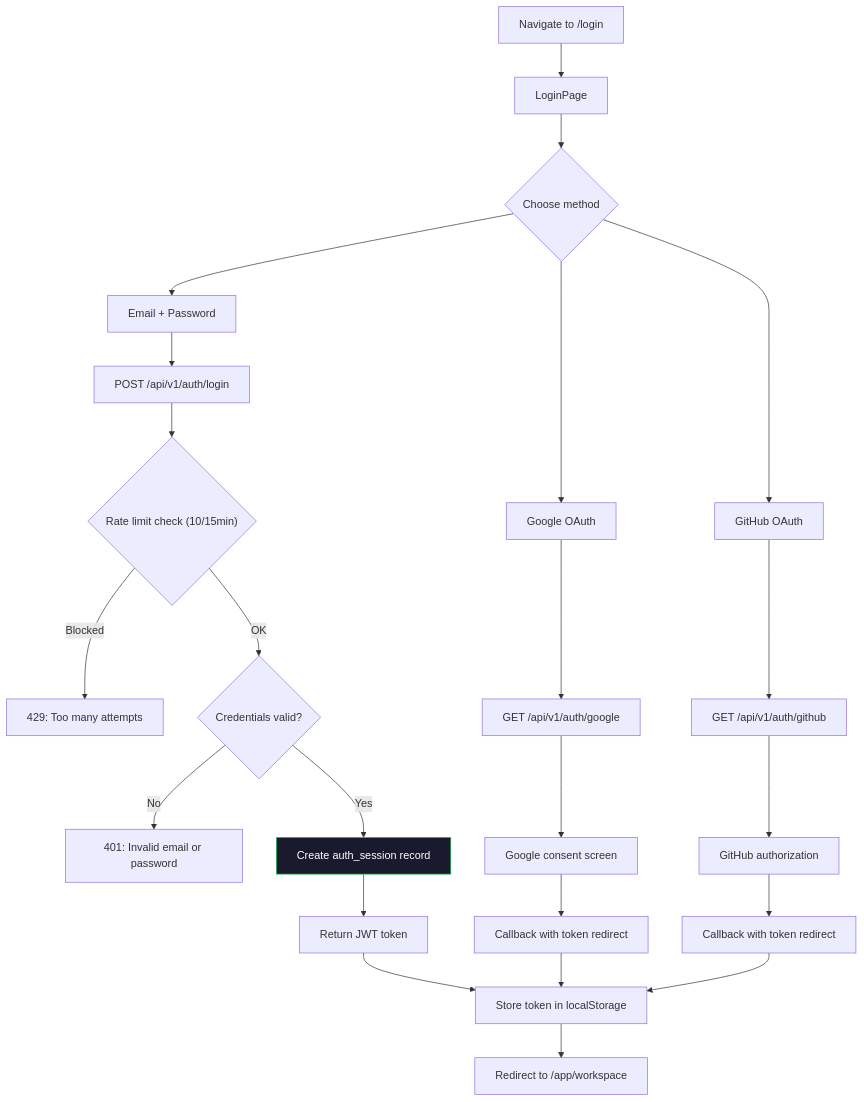
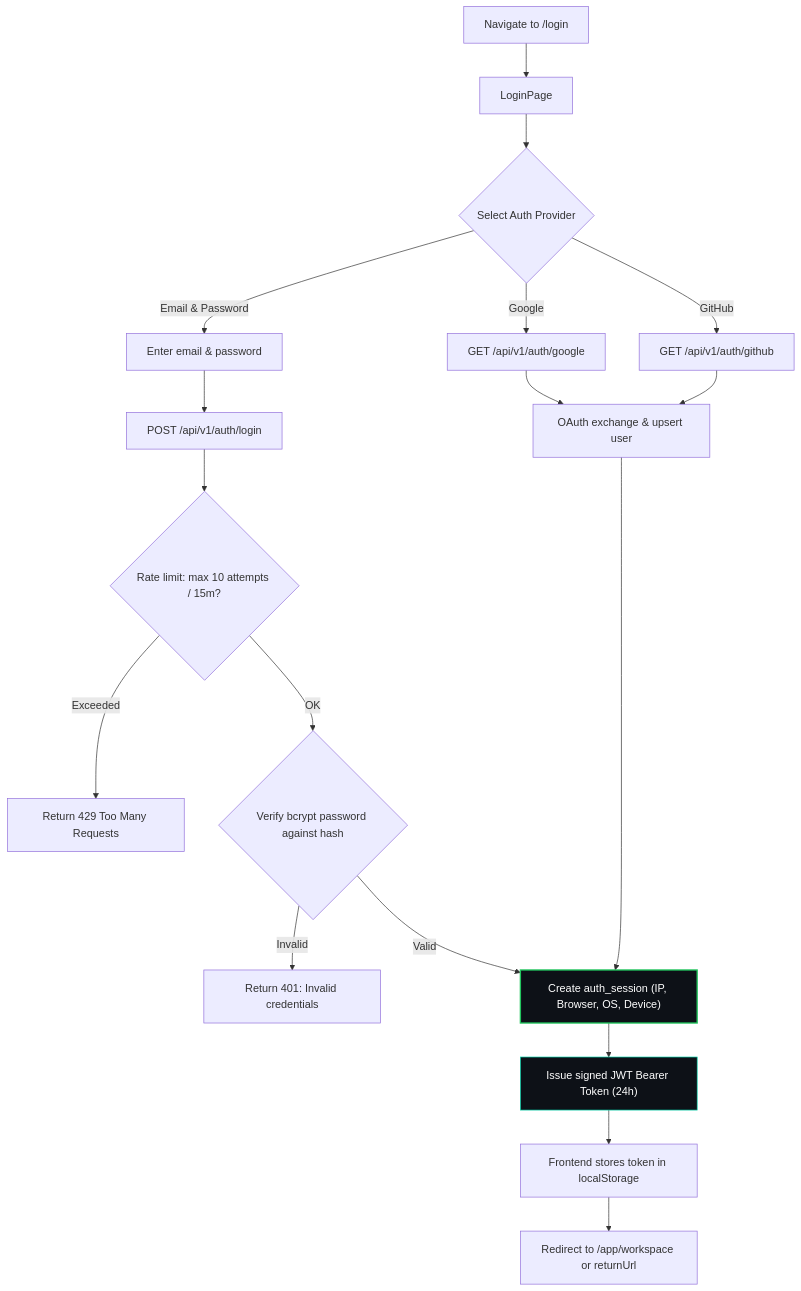
The eighth of 11 diagrams in docs/USER_FLOWS.md (KISHOR403/Testnexa-Ai), drawn with Mermaid before and after one commit. The commit also changed other lines of this file and 2 other files, not shown here.

````diff
--- a/docs/USER_FLOWS.md
+++ b/docs/USER_FLOWS.md
@@ -210,31 +232,25 @@
 ```mermaid
 flowchart TD
     A["Navigate to /login"] --> B["LoginPage"]
-    B --> C{"Choose method"}
-    C --> D["Email + Password"]
-    C --> E["Google OAuth"]
-    C --> F["GitHub OAuth"]
+    B --> C{"Select Auth Provider"}
+    C -->|Email & Password| D["Enter email & password"]
+    C -->|Google| E["GET /api/v1/auth/google"]
+    C -->|GitHub| F["GET /api/v1/auth/github"]
     
     D --> G["POST /api/v1/auth/login"]
-    G --> H{"Rate limit check (10/15min)"}
-    H -->|Blocked| I["429: Too many attempts"]
-    H -->|OK| J{"Credentials valid?"}
-    J -->|No| K["401: Invalid email or password"]
-    J -->|Yes| L["Create auth_session record"]
-    L --> M["Return JWT token"]
+    G --> H{"Rate limit: max 10 attempts / 15m?"}
+    H -->|Exceeded| I["Return 429 Too Many Requests"]
+    H -->|OK| J{"Verify bcrypt password against hash"}
+    J -->|Invalid| K["Return 401: Invalid credentials"]
+    J -->|Valid| L["Create auth_session (IP, Browser, OS, Device)"]
     
-    E --> N["GET /api/v1/auth/google"]
-    N --> O["Google consent screen"]
-    O --> P["Callback with token redirect"]
+    E & F --> M["OAuth exchange & upsert user"]
+    M --> L
     
-    F --> Q["GET /api/v1/auth/github"]
-    Q --> R["GitHub authorization"]
-    R --> S["Callback with token redirect"]
-    
-    M --> T["Store token in localStorage"]
-    P --> T
-    S --> T
-    T --> U["Redirect to /app/workspace"]
-    
-    style L fill:#1a1a2e,stroke:#22c55e,color:#fff
+    L --> N["Issue signed JWT Bearer Token (24h)"]
+    N --> O["Frontend stores token in localStorage"]
+    O --> P["Redirect to /app/workspace or returnUrl"]
+
+    style L fill:#0d1117,stroke:#22c55e,stroke-width:2px,color:#fff
+    style N fill:#0d1117,stroke:#00d4aa,color:#fff
 ```
````
